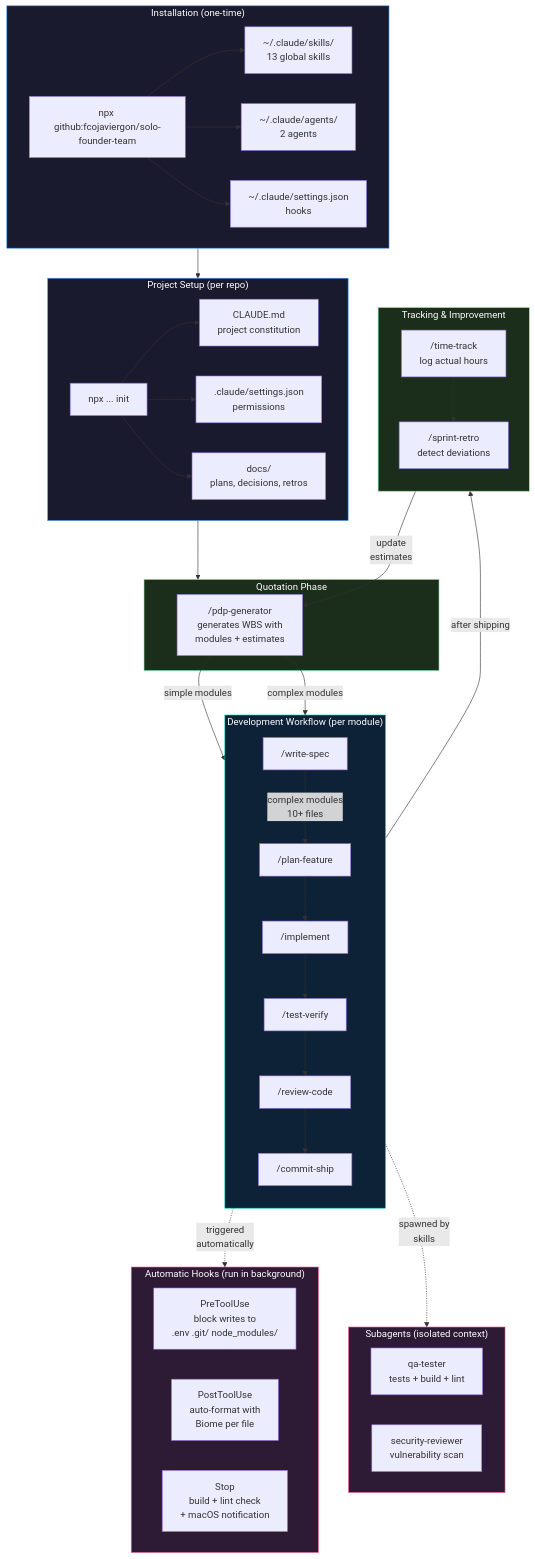
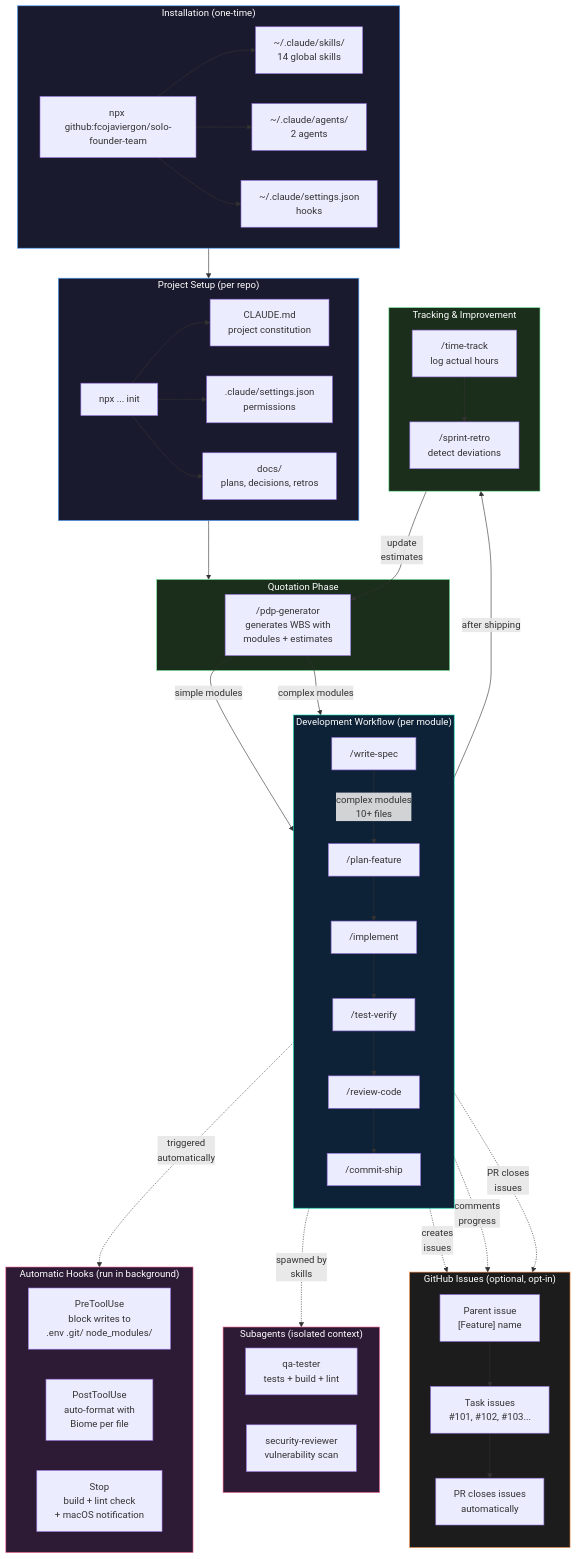
One commit to fcojaviergon/solo-founder-team changed the first of 2 diagrams in README.md. Above: the diagram before and after it, drawn with Mermaid.

Commit message:
Update flow diagram with GitHub Issues integration layer
Added GitHub Issues subgraph showing parent issue → task issues → PR
auto-close flow. Connected plan-feature (creates issues), implement
(comments progress), and commit-ship (PR closes issues) to the
GitHub layer. Updated skill count to 14.

````diff
--- a/README.md
+++ b/README.md
@@ -114,60 +114,73 @@
 ```mermaid
 flowchart TB
     subgraph INSTALL["Installation (one-time)"]
-        A["npx github:fcojaviergon/solo-founder-team"] --> B["~/.claude/skills/\n13 global skills"]
+        A["npx github:fcojaviergon/solo-founder-team"] --> B["~/.claude/skills/\n14 global skills"]
         A --> C["~/.claude/agents/\n2 agents"]
         A --> D["~/.claude/settings.json\nhooks"]
     end
 
     subgraph PROJECT["Project Setup (per repo)"]
         E["npx ... init"] --> F["CLAUDE.md\nproject constitution"]
         E --> G[".claude/settings.json\npermissions"]
         E --> H["docs/\nplans, decisions, retros"]
     end
 
     subgraph QUOTE["Quotation Phase"]
         PDP["/pdp-generator\ngenerates WBS with\nmodules + estimates"]
     end
 
     subgraph WORKFLOW["Development Workflow (per module)"]
         direction TB
         W1["/write-spec"] -->|"complex modules\n10+ files"| W2
         W2["/plan-feature"] --> W3["/implement"]
         W3 --> W4["/test-verify"]
         W4 --> W5["/review-code"]
         W5 --> W6["/commit-ship"]
     end
 
+    subgraph GITHUB["GitHub Issues (optional, opt-in)"]
+        direction TB
+        GH1["Parent issue\n[Feature] name"]
+        GH2["Task issues\n#101, #102, #103..."]
+        GH3["PR closes issues\nautomatically"]
+        GH1 --> GH2
+        GH2 --> GH3
+    end
+
     subgraph HOOKS["Automatic Hooks (run in background)"]
         H1["PreToolUse\nblock writes to\n.env .git/ node_modules/"]
         H2["PostToolUse\nauto-format with\nBiome per file"]
         H3["Stop\nbuild + lint check\n+ macOS notification"]
     end
 
     subgraph AGENTS["Subagents (isolated context)"]
         AG1["qa-tester\ntests + build + lint"]
         AG2["security-reviewer\nvulnerability scan"]
     end
 
     subgraph TRACKING["Tracking & Improvement"]
         direction TB
         BZ2["/time-track\nlog actual hours"] --> BZ3["/sprint-retro\ndetect deviations"]
         BZ3 -->|"update\nestimates"| PDP
     end
 
     INSTALL --> PROJECT
     PROJECT --> QUOTE
     PDP -->|"simple modules"| W2
     PDP -->|"complex modules"| W1
+    W2 -.->|"creates\nissues"| GH1
+    W3 -.->|"comments\nprogress"| GH2
+    W6 -.->|"PR closes\nissues"| GH3
     WORKFLOW -.->|"triggered\nautomatically"| HOOKS
     WORKFLOW -.->|"spawned by\nskills"| AGENTS
     W6 -->|"after shipping"| BZ2
 
     style INSTALL fill:#1a1a2e,stroke:#4a9eff,color:#fff
     style PROJECT fill:#1a1a2e,stroke:#4a9eff,color:#fff
     style QUOTE fill:#1b2d1b,stroke:#7bed9f,color:#fff
     style WORKFLOW fill:#0d2137,stroke:#00d4aa,color:#fff
+    style GITHUB fill:#1c1c1c,stroke:#f0883e,color:#fff
     style HOOKS fill:#2d1b36,stroke:#ff6b9d,color:#fff
     style AGENTS fill:#2d1b36,stroke:#ff6b9d,color:#fff
     style TRACKING fill:#1b2d1b,stroke:#7bed9f,color:#fff
 ```
````
